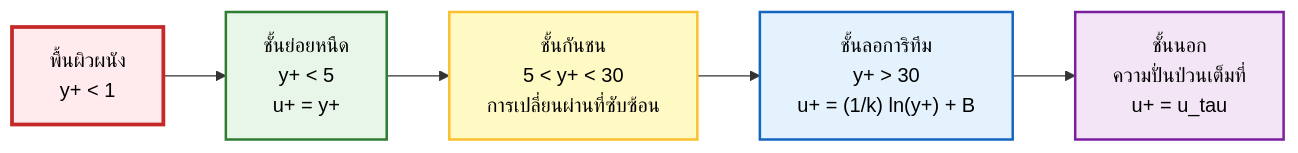
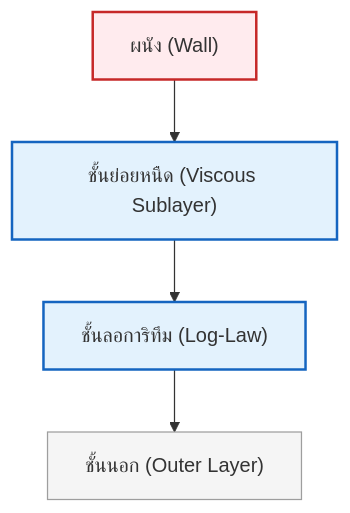
Before and after one commit to wramet/build-my-cfd: the third of 3 diagrams in MODULE_01_CFD_FUNDAMENTALS/CONTENT/03_BOUNDARY_CONDITIONS/05_Common_Boundary_Conditions_in_OpenFOAM.md, drawn with Mermaid. The commit also changed other lines of this file and 313 other files, not shown here.

Commit message:
Revise all diagram

````diff
--- a/MODULE_01_CFD_FUNDAMENTALS/CONTENT/03_BOUNDARY_CONDITIONS/05_Common_Boundary_Conditions_in_OpenFOAM.md
+++ b/MODULE_01_CFD_FUNDAMENTALS/CONTENT/03_BOUNDARY_CONDITIONS/05_Common_Boundary_Conditions_in_OpenFOAM.md
@@ -435,21 +416,13 @@
 ```mermaid
-graph LR
-    Wall["พื้นผิวผนัง<br/>y+ < 1"]
-    Viscous["ชั้นย่อยหนืด<br/>y+ < 5<br/>u+ = y+"]
-    Buffer["ชั้นกันชน<br/>5 < y+ < 30<br/>การเปลี่ยนผ่านที่ซับซ้อน"]
-    Log["ชั้นลอการิทึม<br/>y+ > 30<br/>u+ = (1/k) ln(y+) + B"]
-    Outer["ชั้นนอก<br/>ความปั่นป่วนเต็มที่<br/>u+ = u_tau"]
-
-    Wall --> Viscous
-    Viscous --> Buffer
-    Buffer --> Log
-    Log --> Outer
-
-    style Wall fill:#ffebee,stroke:#c62828,stroke-width:3px
-    style Viscous fill:#e8f5e9,stroke:#2e7d32,stroke-width:2px
-    style Buffer fill:#fff9c4,stroke:#fbc02d,stroke-width:2px
-    style Log fill:#e3f2fd,stroke:#1565c0,stroke-width:2px
-    style Outer fill:#f3e5f5,stroke:#7b1fa2,stroke-width:2px
-
-    classDef default fill:#f9f9f9,stroke:#333,stroke-width:1px,color:#000;
+graph TD
+%% Thai Wall Layers
+Wall["ผนัง (Wall)"]:::explicit
+Visc["ชั้นย่อยหนืด (Viscous Sublayer)"]:::implicit
+Log["ชั้นลอการิทึม (Log-Law)"]:::implicit
+Outer["ชั้นนอก (Outer Layer)"]:::context
+Wall --> Visc --> Log --> Outer
+%% Classes
+classDef implicit fill:#e3f2fd,stroke:#1565c0,stroke-width:2px;
+classDef explicit fill:#ffebee,stroke:#c62828,stroke-width:2px;
+classDef context fill:#f5f5f5,stroke:#9e9e9e,stroke-width:1px;
 ```
````
